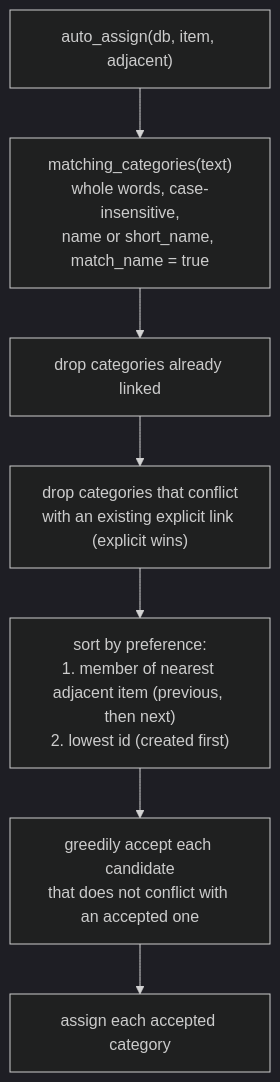
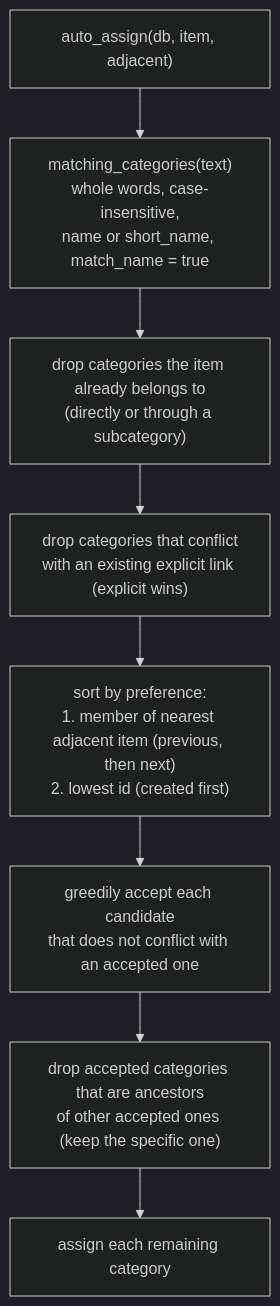
One commit to jamting/agendum changed the fourth of 7 diagrams in docs/DATA_ACCESS.md. Above: the diagram before and after it, drawn with Mermaid (dark theme). The commit also changed other lines of this file and 9 other files, not shown here.

First line of the commit message:
Never assign an item directly to a category and its ancestor (R7c)

````diff
--- a/docs/DATA_ACCESS.md
+++ b/docs/DATA_ACCESS.md
@@ -169,9 +170,10 @@
 ```mermaid
 flowchart TD
     A["auto_assign(db, item, adjacent)"] --> M["matching_categories(text)<br/>whole words, case-insensitive,<br/>name or short_name, match_name = true"]
-    M --> F1["drop categories already linked"]
+    M --> F1["drop categories the item already belongs to<br/>(directly or through a subcategory)"]
     F1 --> F2["drop categories that conflict<br/>with an existing explicit link (explicit wins)"]
     F2 --> S["sort by preference:<br/>1. member of nearest adjacent item (previous, then next)<br/>2. lowest id (created first)"]
     S --> G["greedily accept each candidate<br/>that does not conflict with an accepted one"]
-    G --> AS["assign each accepted category"]
+    G --> SP["drop accepted categories that are ancestors<br/>of other accepted ones (keep the specific one)"]
+    SP --> AS["assign each remaining category"]
 ```
````
